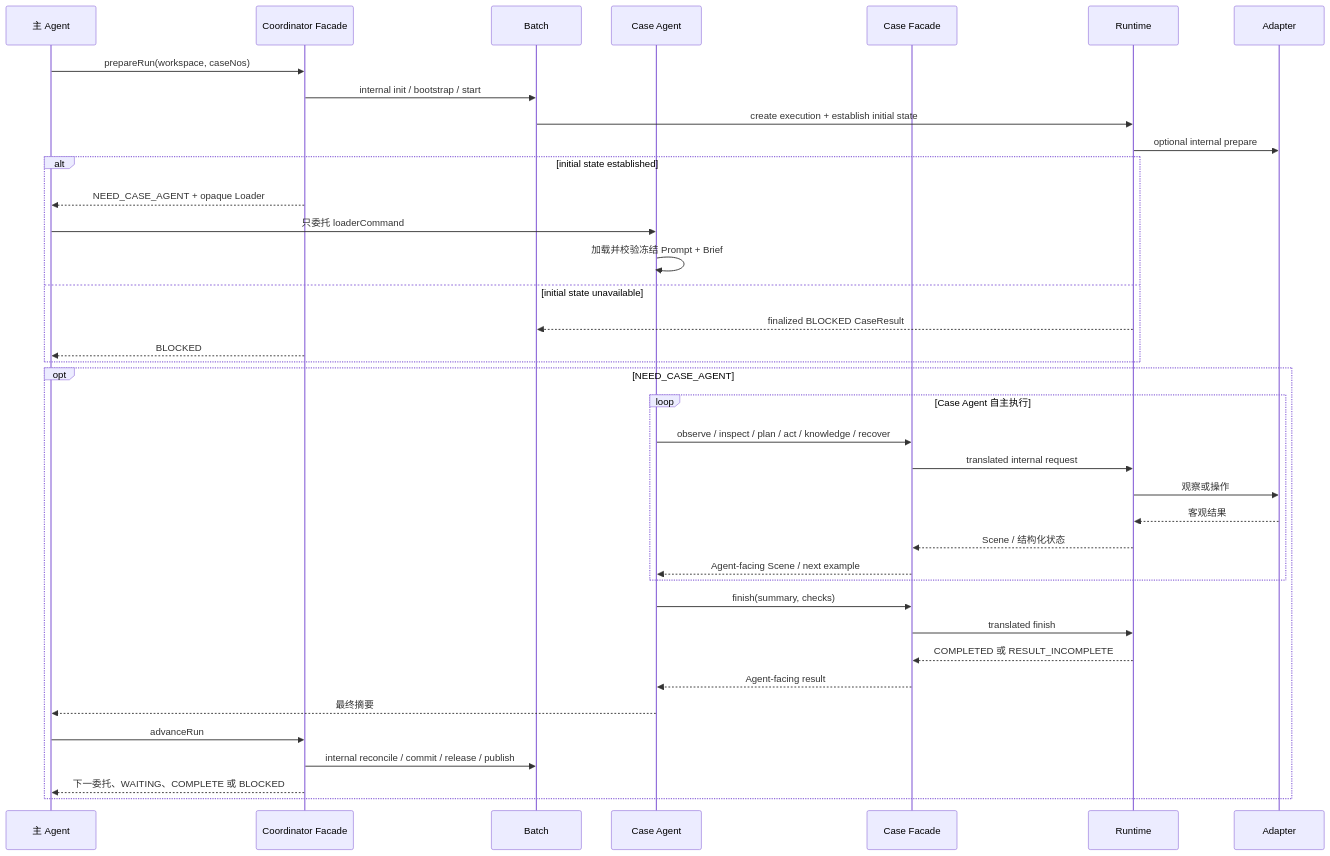
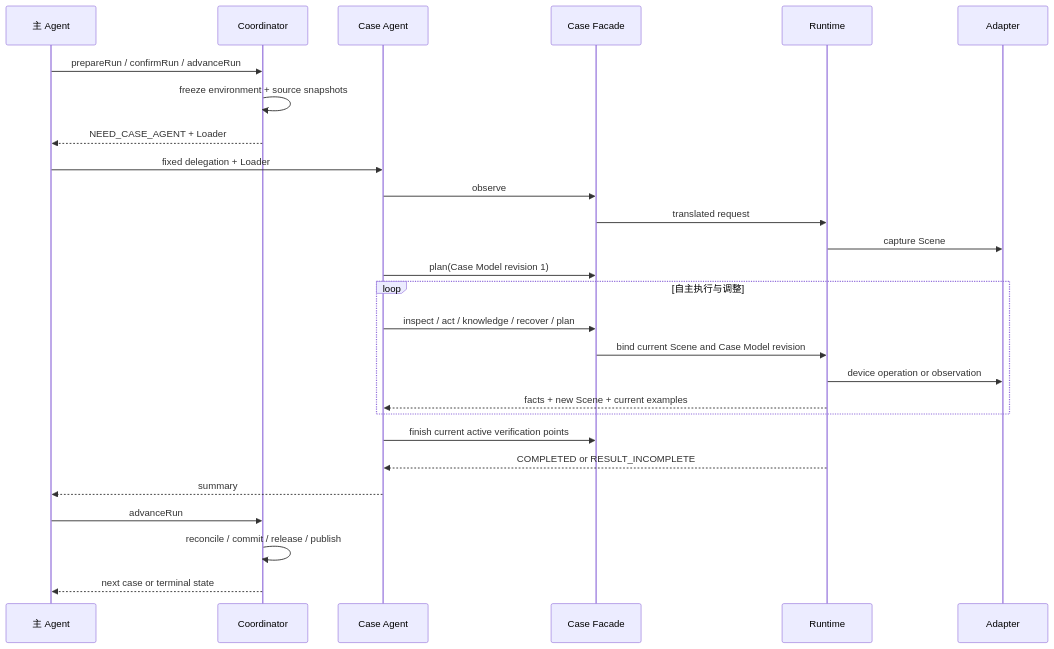
Before and after one commit to lianghuihui-plus/DevKit: the second of 2 diagrams in skills/mobile-ai-visual-test/docs/architecture.md, drawn with Mermaid. The commit also changed other lines of this file and 67 other files, not shown here.

Commit message:
refactor(mavt): simplify case agent execution flow

````diff
--- a/skills/mobile-ai-visual-test/docs/architecture.md
+++ b/skills/mobile-ai-visual-test/docs/architecture.md
@@ -97,41 +77,30 @@
 ```mermaid
 sequenceDiagram
   participant M as 主 Agent
-  participant C as Coordinator Facade
-  participant B as Batch
+  participant C as Coordinator
   participant A as Case Agent
   participant F as Case Facade
   participant R as Runtime
   participant D as Adapter
 
-  M->>C: prepareRun(workspace, caseNos)
-  C->>B: internal init / bootstrap / start
-  B->>R: create execution + establish initial state
-  R->>D: optional internal prepare
-  alt initial state established
-    C-->>M: NEED_CASE_AGENT + opaque Loader
-    M->>A: 只委托 loaderCommand
-    A->>A: 加载并校验冻结 Prompt + Brief
-  else initial state unavailable
-    R-->>B: finalized BLOCKED CaseResult
-    C-->>M: BLOCKED
+  M->>C: prepareRun / confirmRun / advanceRun
+  C->>C: freeze environment + source snapshots
+  C-->>M: NEED_CASE_AGENT + Loader
+  M->>A: fixed delegation + Loader
+  A->>F: observe
+  F->>R: translated request
+  R->>D: capture Scene
+  A->>F: plan(Case Model revision 1)
+  loop 自主执行与调整
+    A->>F: inspect / act / knowledge / recover / plan
+    F->>R: bind current Scene and Case Model revision
+    R->>D: device operation or observation
+    R-->>A: facts + new Scene + current examples
   end
-  opt NEED_CASE_AGENT
-    loop Case Agent 自主执行
-      A->>F: observe / inspect / plan / act / knowledge / recover
-      F->>R: translated internal request
-      R->>D: 观察或操作
-      D-->>R: 客观结果
-      R-->>F: Scene / 结构化状态
-      F-->>A: Agent-facing Scene / next example
-    end
-    A->>F: finish(summary, checks)
-    F->>R: translated finish
-    R-->>F: COMPLETED 或 RESULT_INCOMPLETE
-    F-->>A: Agent-facing result
-    A-->>M: 最终摘要
-    M->>C: advanceRun
-    C->>B: internal reconcile / commit / release / publish
-    C-->>M: 下一委托、WAITING、COMPLETE 或 BLOCKED
-  end
+  A->>F: finish current active verification points
+  R-->>A: COMPLETED or RESULT_INCOMPLETE
+  A-->>M: summary
+  M->>C: advanceRun
+  C->>C: reconcile / commit / release / publish
+  C-->>M: next case or terminal state
 ```
````
